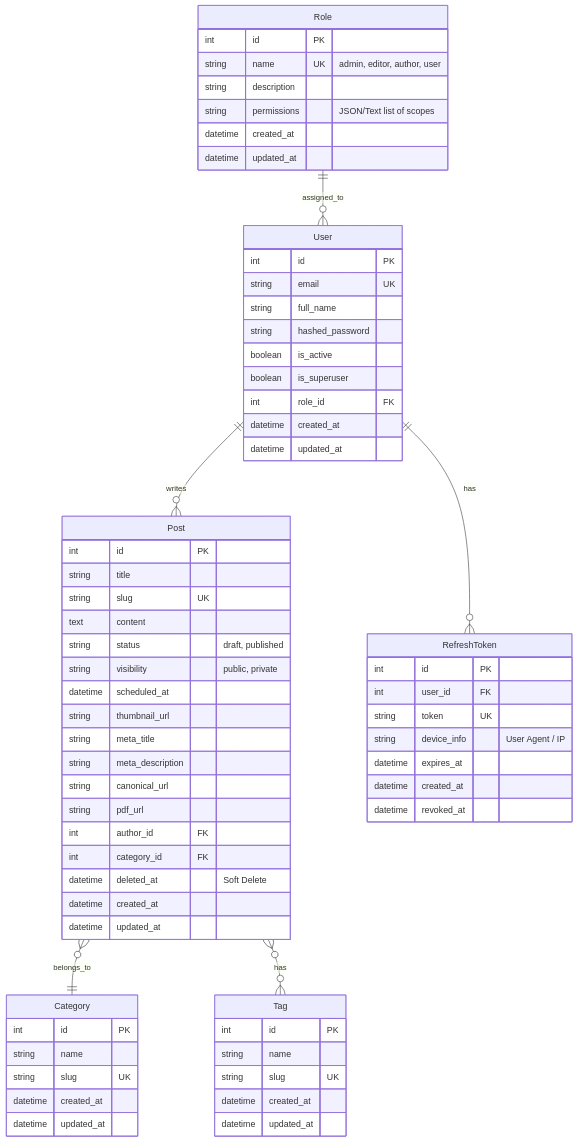
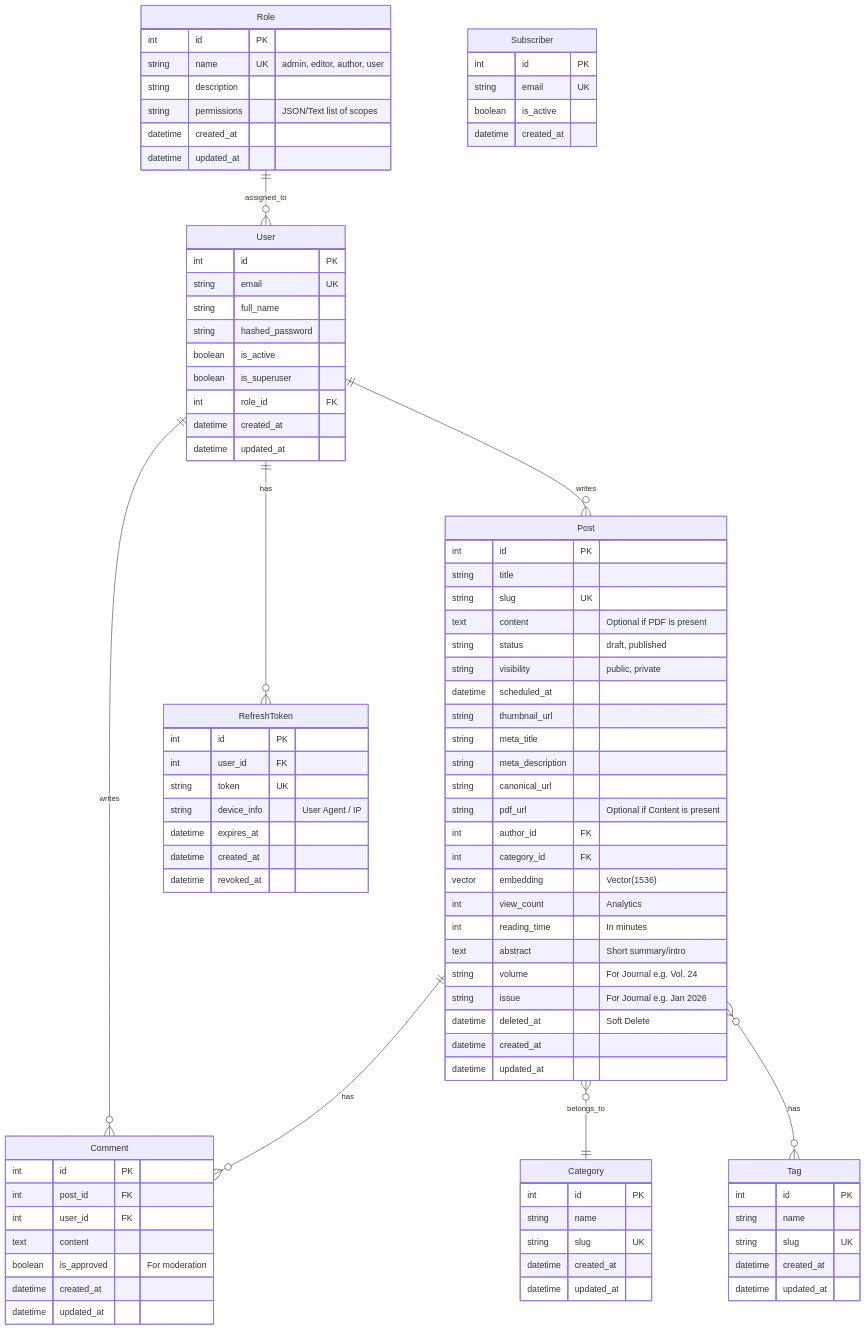
Before and after one commit to Brightlyviryaa/fastapi-postgresql-rbac-blog-backend-api-project: the diagram in docs/erd.md, drawn with Mermaid. The commit also changed 20 other files, not shown here.

Commit message:
feat: Introduce core data models, schemas, and API documentation for posts, comments, tags, categories, and subscribers.

```diff
--- a/docs/erd.md
+++ b/docs/erd.md
@@ -9,6 +9,8 @@
     Role ||--o{ User : assigned_to
     User ||--o{ Post : writes
     User ||--o{ RefreshToken : has
+    User ||--o{ Comment : writes
+    Post ||--o{ Comment : has
     Post }o--|| Category : belongs_to
     Post }o--o{ Tag : has
 
@@ -47,7 +49,7 @@
         int id PK
         string title
         string slug UK
-        text content
+        text content "Optional if PDF is present"
         string status "draft, published"
         string visibility "public, private"
         datetime scheduled_at
@@ -55,12 +57,35 @@
         string meta_title
         string meta_description
         string canonical_url
-        string pdf_url
+        string pdf_url "Optional if Content is present"
         int author_id FK
         int category_id FK
+        vector embedding "Vector(1536)"
+        int view_count "Analytics"
+        int reading_time "In minutes"
+        text abstract "Short summary/intro"
+        string volume "For Journal e.g. Vol. 24"
+        string issue "For Journal e.g. Jan 2026"
         datetime deleted_at "Soft Delete"
         datetime created_at
         datetime updated_at
+    }
+
+    Comment {
+        int id PK
+        int post_id FK
+        int user_id FK
+        text content
+        boolean is_approved "For moderation"
+        datetime created_at
+        datetime updated_at
+    }
+
+    Subscriber {
+        int id PK
+        string email UK
+        boolean is_active
+        datetime created_at
     }
 
     Category {
```
